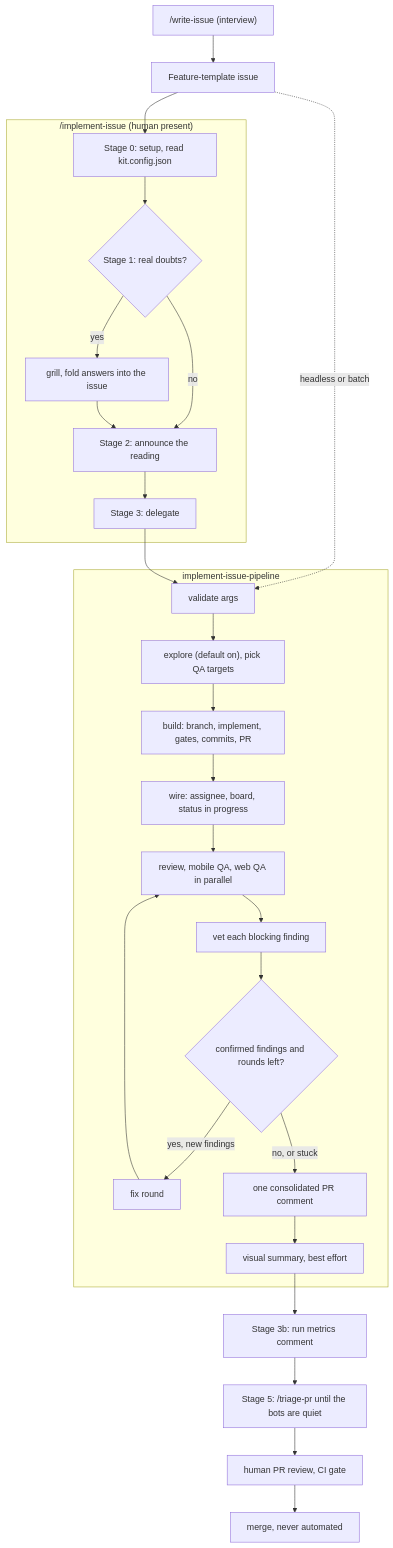
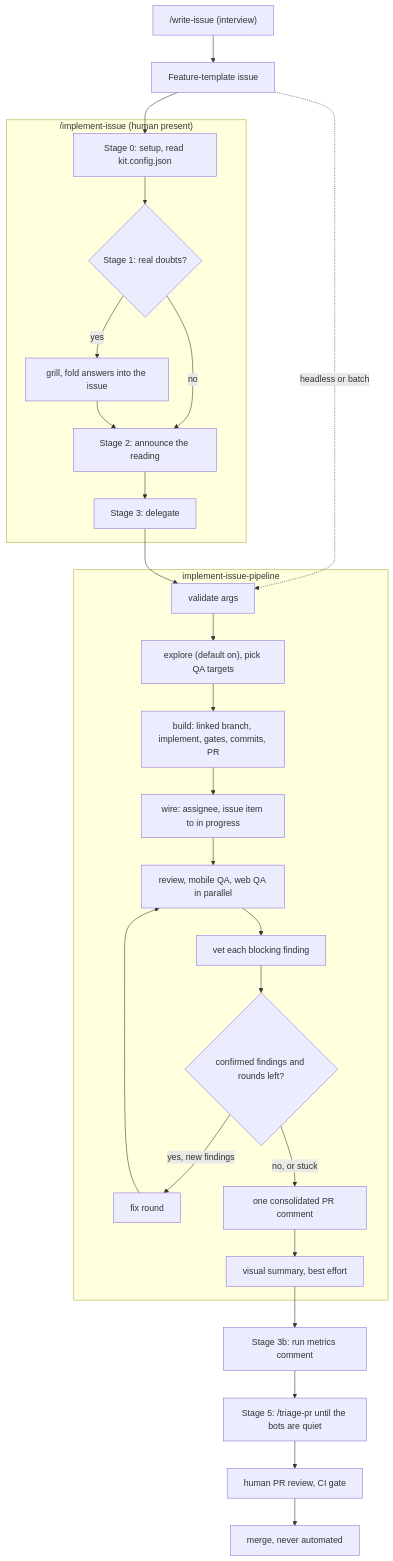
One commit to timothyrusso/agentic-kit changed the diagram in AGENTIC_WORKFLOW.md. Above: the diagram before and after it, drawn with Mermaid. The commit also changed other lines of this file and 12 other files, not shown here.

First line of the commit message:
Link the PR to its issue and move the issue's own board item (#49)

````diff
--- a/AGENTIC_WORKFLOW.md
+++ b/AGENTIC_WORKFLOW.md
@@ -119,30 +119,30 @@
 ```mermaid
 flowchart TD
     WI["/write-issue (interview)"] --> ISSUE["Feature-template issue"]
     ISSUE --> FD
     ISSUE -.->|"headless or batch"| ARGS
     subgraph SKILL["/implement-issue (human present)"]
         FD["Stage 0: setup, read kit.config.json"] --> JUDGE{"Stage 1: real doubts?"}
         JUDGE -->|"no"| ANN["Stage 2: announce the reading"]
         JUDGE -->|"yes"| GRILL["grill, fold answers into the issue"]
         GRILL --> ANN
         ANN --> DELEG["Stage 3: delegate"]
     end
     DELEG --> ARGS
     subgraph PIPE["implement-issue-pipeline"]
         ARGS["validate args"] --> EXPLORE["explore (default on), pick QA targets"]
-        EXPLORE --> BUILD["build: branch, implement, gates, commits, PR"]
-        BUILD --> WIRE["wire: assignee, board, status in progress"]
+        EXPLORE --> BUILD["build: linked branch, implement, gates, commits, PR"]
+        BUILD --> WIRE["wire: assignee, issue item to in progress"]
         WIRE --> VERIFY["review, mobile QA, web QA in parallel"]
         VERIFY --> VET["vet each blocking finding"]
         VET --> LOOP{"confirmed findings and rounds left?"}
         LOOP -->|"yes, new findings"| FIX["fix round"]
         FIX --> VERIFY
         LOOP -->|"no, or stuck"| REPORT["one consolidated PR comment"]
         REPORT --> VISUAL["visual summary, best effort"]
     end
     VISUAL --> METRICS["Stage 3b: run metrics comment"]
     METRICS --> TRIAGE["Stage 5: /triage-pr until the bots are quiet"]
     TRIAGE --> HUMAN["human PR review, CI gate"]
     HUMAN --> MERGE["merge, never automated"]
 ```
````
